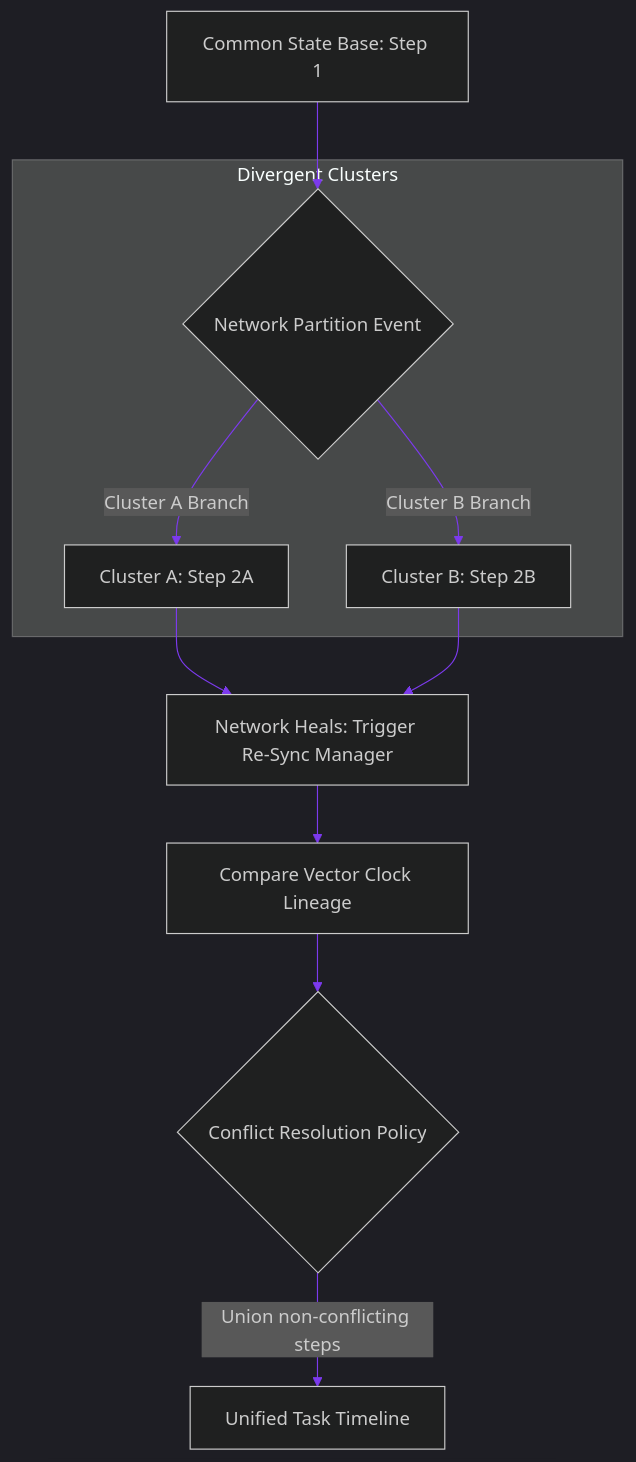
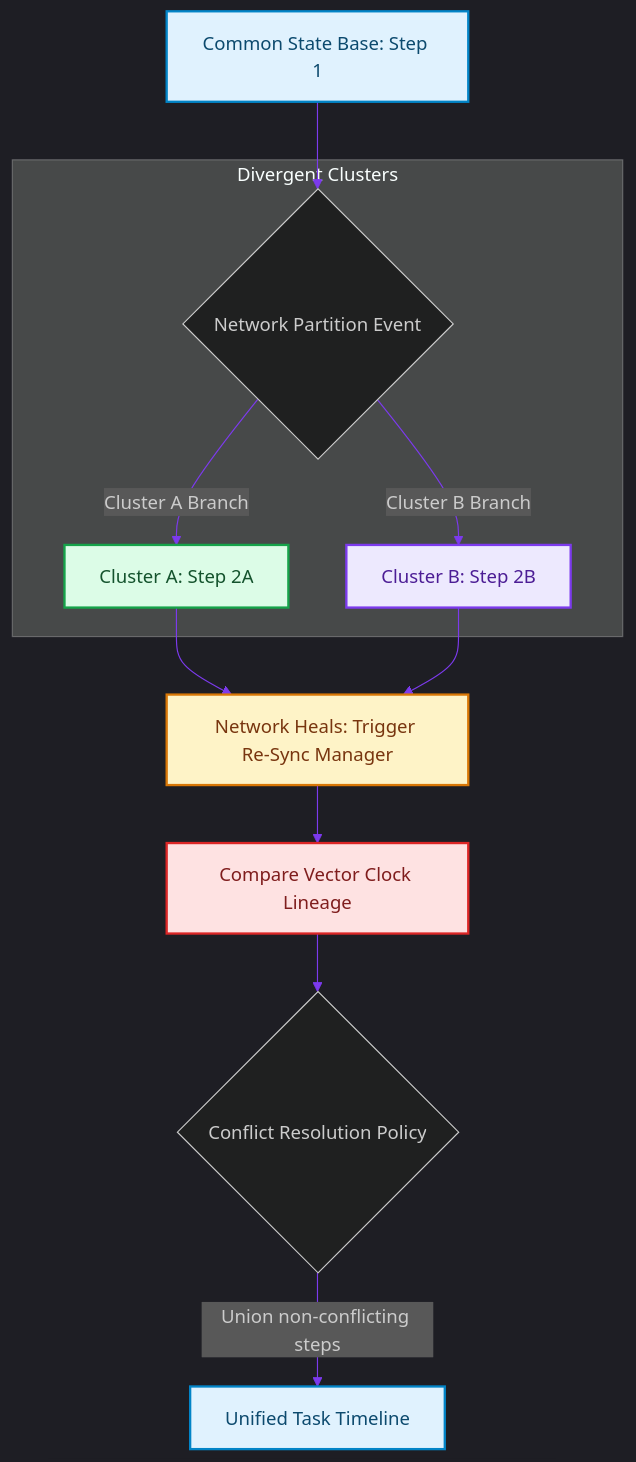
Before and after one commit to akmalkhaniub/akmalkhaniub.github.io: the diagram in blog/posts/system-design-split-brain-recovery-consensus-re-sync.md, drawn with Mermaid. The commit also changed other lines of this file and 1291 other files, not shown here.

First line of the commit message:
feat(catalog): unique covers, scholarly references, and diagram palettes

````diff
--- a/blog/posts/system-design-split-brain-recovery-consensus-re-sync.md
+++ b/blog/posts/system-design-split-brain-recovery-consensus-re-sync.md
@@ -16,17 +16,28 @@
 ```mermaid
 %%{init: {'theme': 'dark', 'themeVariables': { 'primaryColor': '#7c3aed', 'primaryTextColor': '#f3f4f6', 'primaryBorderColor': '#a78bfa', 'lineColor': '#7c3aed', 'secondaryColor': '#111827', 'tertiaryColor': '#0b0f19'}}}%%
 flowchart TD
-    State[Common State Base: Step 1] --> Partition{Network Partition Event}
+    State["Common State Base: Step 1"] --> Partition{Network Partition Event}
     
     subgraph SG1_DivergentClusters ["Divergent Clusters"]
-        Partition -->|Cluster A Branch| NodeA[Cluster A: Step 2A]
-        Partition -->|Cluster B Branch| NodeB[Cluster B: Step 2B]
+        Partition -->|Cluster A Branch| NodeA["Cluster A: Step 2A"]
+        Partition -->|Cluster B Branch| NodeB["Cluster B: Step 2B"]
     end
     
-    NodeA --> Heal[Network Heals: Trigger Re-Sync Manager]
+    NodeA --> Heal["Network Heals: Trigger Re-Sync Manager"]
     NodeB --> Heal
     
-    Heal --> VectorCheck[Compare Vector Clock Lineage]
+    Heal --> VectorCheck["Compare Vector Clock Lineage"]
     VectorCheck --> Reconcile{Conflict Resolution Policy}
-    Reconcile -->|Union non-conflicting steps| Unified[Unified Task Timeline]
+    Reconcile -->|Union non-conflicting steps| Unified["Unified Task Timeline"]
+
+classDef green fill:#dcfce7,stroke:#16a34a,stroke-width:2px,color:#14532d;
+classDef red fill:#fee2e2,stroke:#dc2626,stroke-width:2px,color:#7f1d1d;
+classDef blue fill:#e0f2fe,stroke:#0284c7,stroke-width:2px,color:#0c4a6e;
+classDef yellow fill:#fef3c7,stroke:#d97706,stroke-width:2px,color:#78350f;
+classDef purple fill:#ede9fe,stroke:#7c3aed,stroke-width:2px,color:#4c1d95;
+class State,Unified blue
+class NodeA green
+class NodeB purple
+class Heal yellow
+class VectorCheck red
 ```
````
